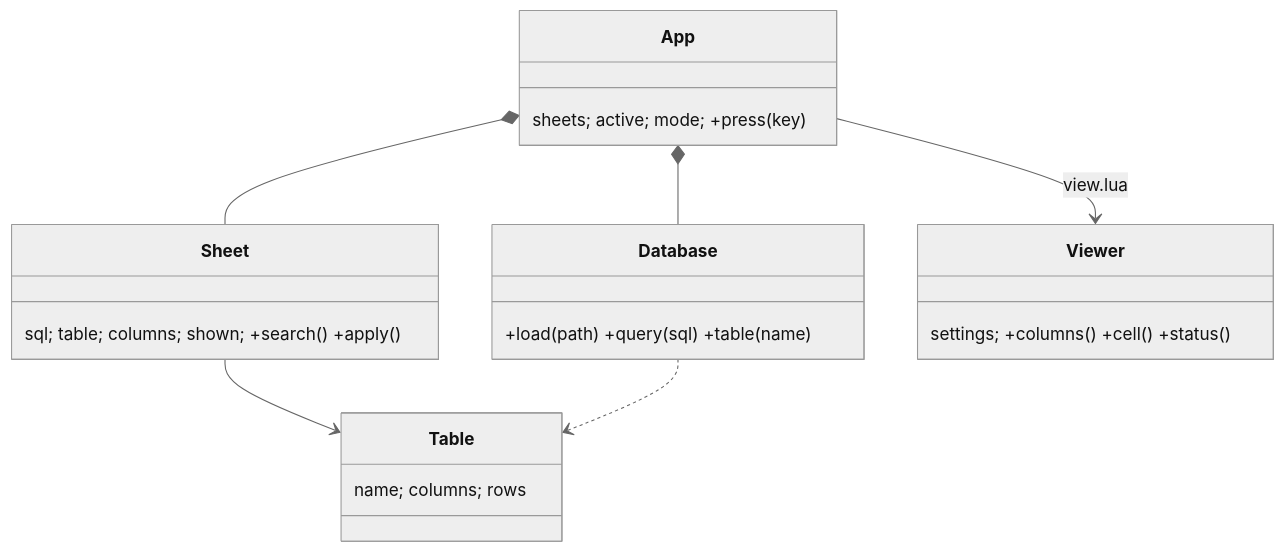
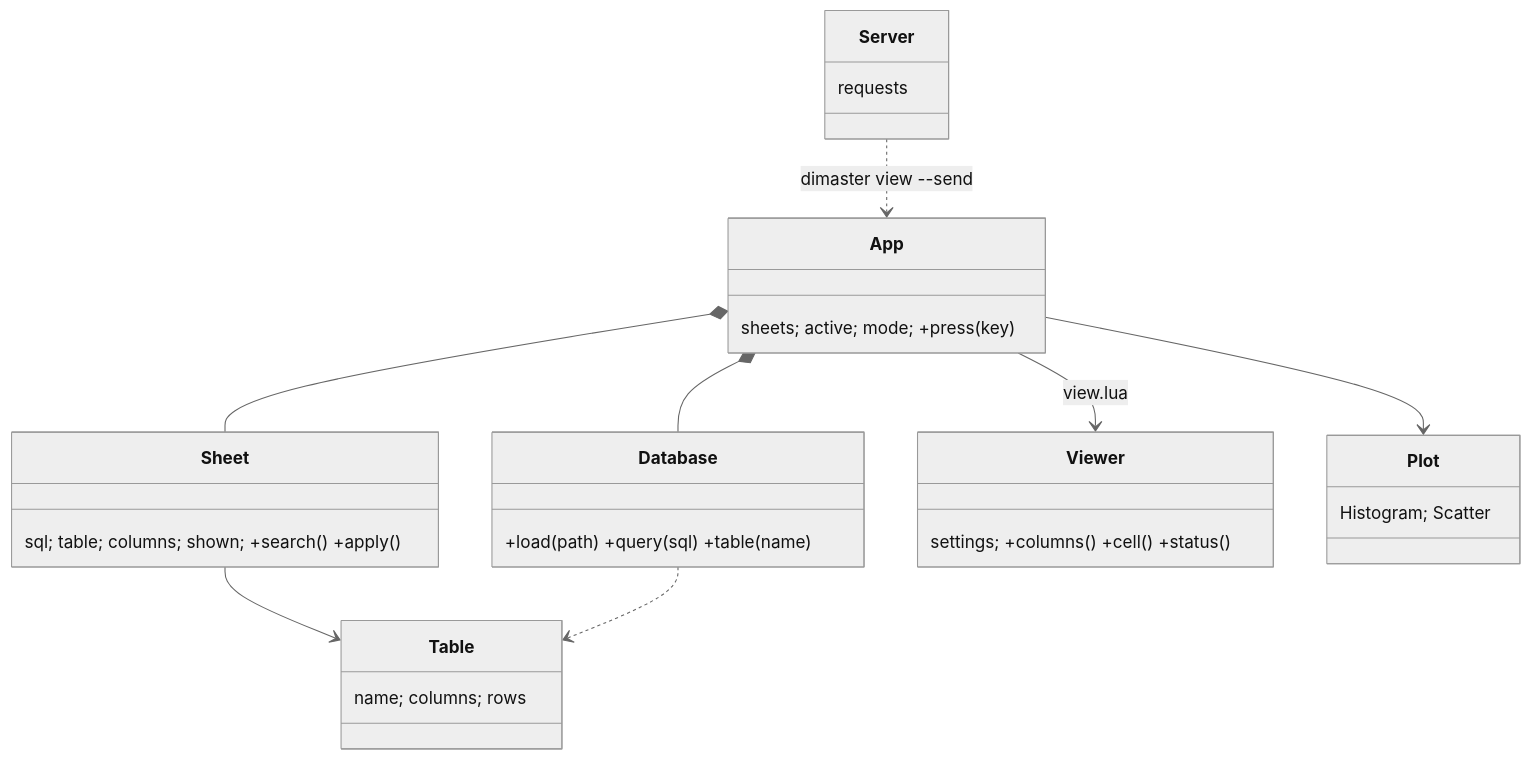
Before and after one commit to Utkautka1/DimaSter: the third of 8 diagrams in docs/UML.md, drawn with Mermaid (neutral theme). The commit also changed 8 other files, not shown here.

````diff
--- a/docs/UML.md
+++ b/docs/UML.md
@@ -259,13 +259,17 @@
 ```mermaid
 classDiagram
     class Database { +load(path) +query(sql) +table(name) }
     class Table { name; columns; rows }
     class App { sheets; active; mode; +press(key) }
     class Sheet { sql; table; columns; shown; +search() +apply() }
     class Viewer { settings; +columns() +cell() +status() }
+    class Plot { Histogram; Scatter }
+    class Server { requests }
+    App --> Plot
+    Server ..> App : dimaster view --send
     App *-- Database
     App *-- Sheet
     App --> Viewer : view.lua
     Sheet --> Table
     Database ..> Table
 ```
````
